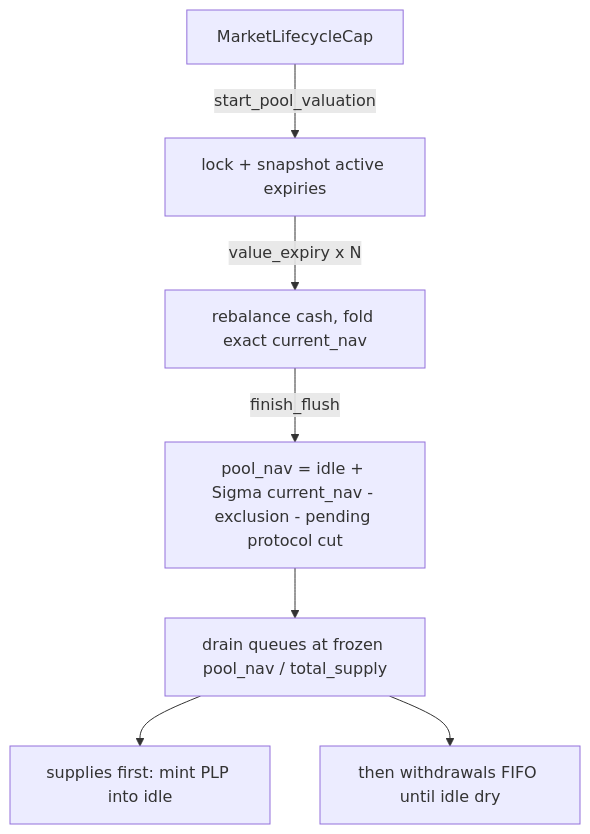
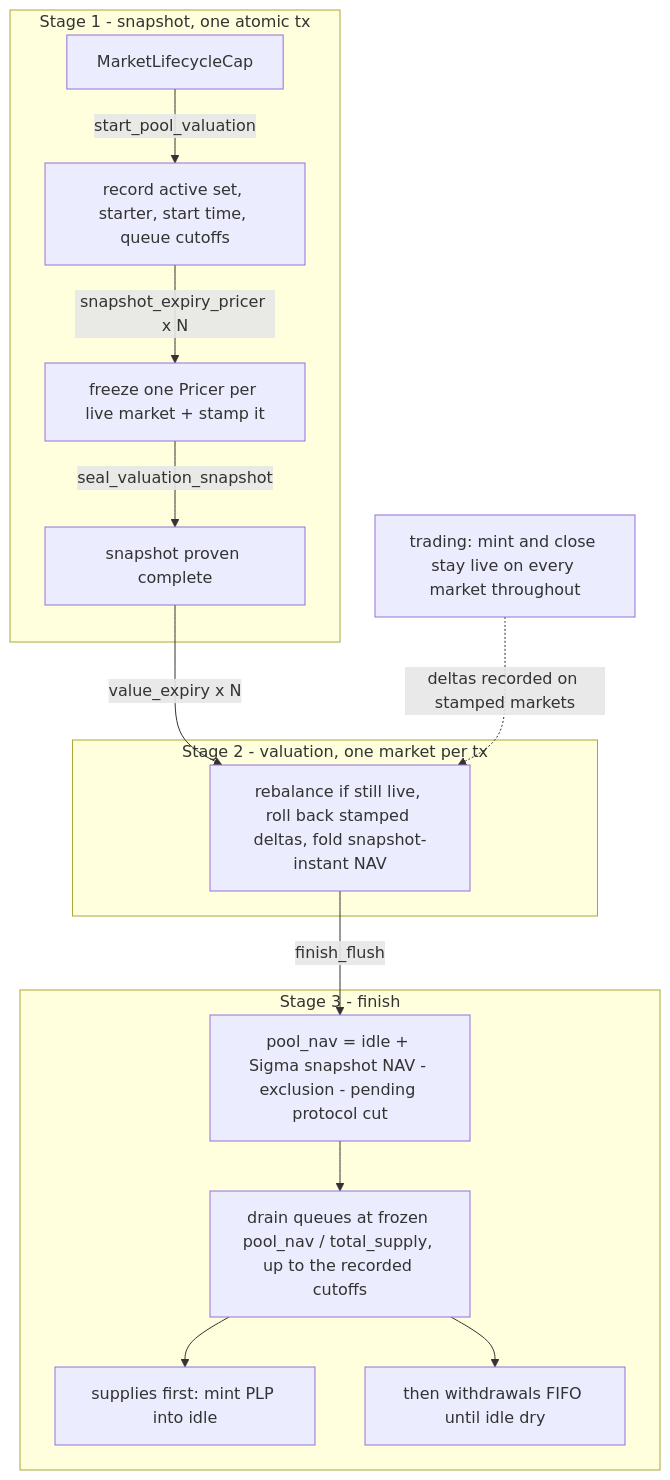
One commit to MystenLabs/deepbookv3 changed the diagram in packages/predict/docs/concepts/liquidity-and-nav.md. Above: the diagram before and after it, drawn with Mermaid. The commit also changed other lines of this file and 32 other files, not shown here.

First line of the commit message:
predict: resumable full-pool flush without pausing trading (DBU-754)

````diff
--- a/packages/predict/docs/concepts/liquidity-and-nav.md
+++ b/packages/predict/docs/concepts/liquidity-and-nav.md
@@ -77,9 +93,18 @@
 ```mermaid
 flowchart TD
-  CAP[MarketLifecycleCap] -->|start_pool_valuation| LOCK[lock + snapshot active expiries]
-  LOCK -->|value_expiry x N| EXP[rebalance cash, fold exact current_nav]
-  EXP -->|finish_flush| NAV[pool_nav = idle + Sigma current_nav - exclusion - pending protocol cut]
-  NAV --> DRAIN[drain queues at frozen pool_nav / total_supply]
-  DRAIN --> SUP[supplies first: mint PLP into idle]
-  DRAIN --> WD[then withdrawals FIFO until idle dry]
+  subgraph S1[Stage 1 - snapshot, one atomic tx]
+    CAP[MarketLifecycleCap] -->|start_pool_valuation| REC[record active set, starter, start time, queue cutoffs]
+    REC -->|snapshot_expiry_pricer x N| FRZ[freeze one Pricer per live market + stamp it]
+    FRZ -->|seal_valuation_snapshot| SEAL[snapshot proven complete]
+  end
+  subgraph S2[Stage 2 - valuation, one market per tx]
+    SEAL -->|value_expiry x N| EXP[rebalance if still live, roll back stamped deltas, fold snapshot-instant NAV]
+  end
+  subgraph S3[Stage 3 - finish]
+    EXP -->|finish_flush| NAV[pool_nav = idle + Sigma snapshot NAV - exclusion - pending protocol cut]
+    NAV --> DRAIN[drain queues at frozen pool_nav / total_supply, up to the recorded cutoffs]
+    DRAIN --> SUP[supplies first: mint PLP into idle]
+    DRAIN --> WD[then withdrawals FIFO until idle dry]
+  end
+  TRADE[trading: mint and close stay live on every market throughout] -.->|deltas recorded on stamped markets| EXP
 ```
````
